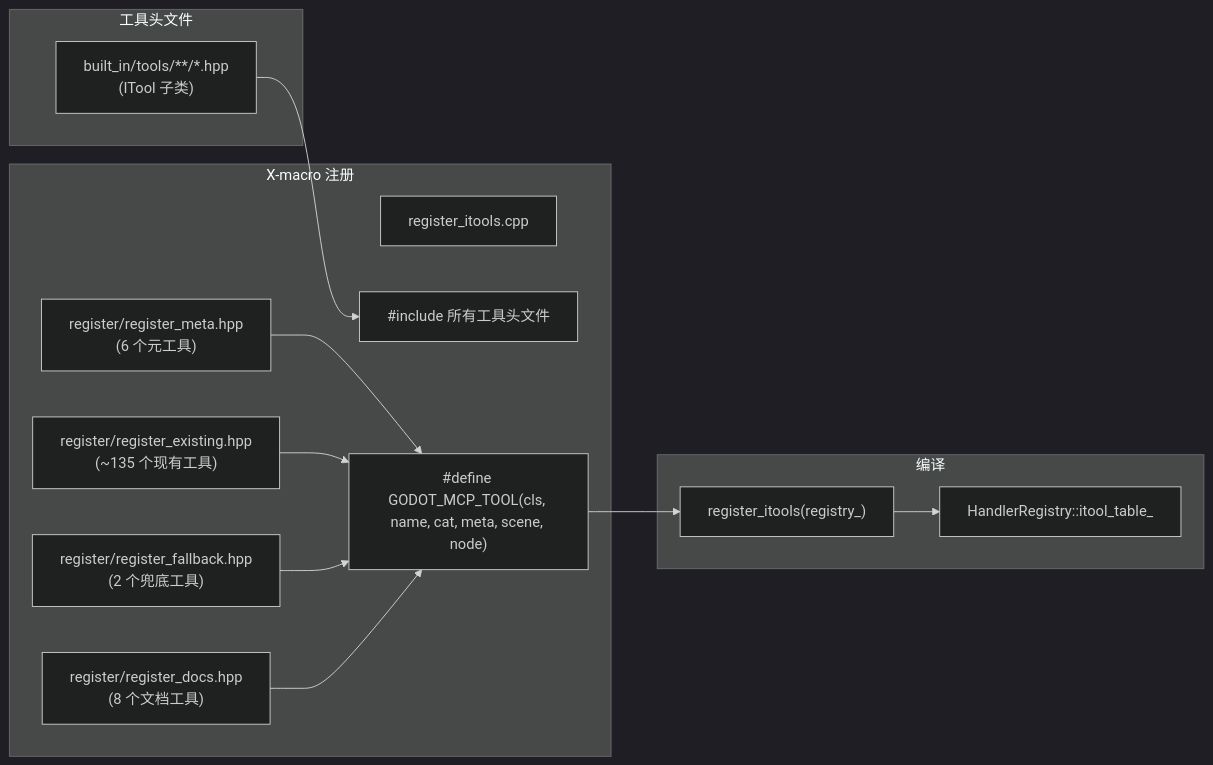
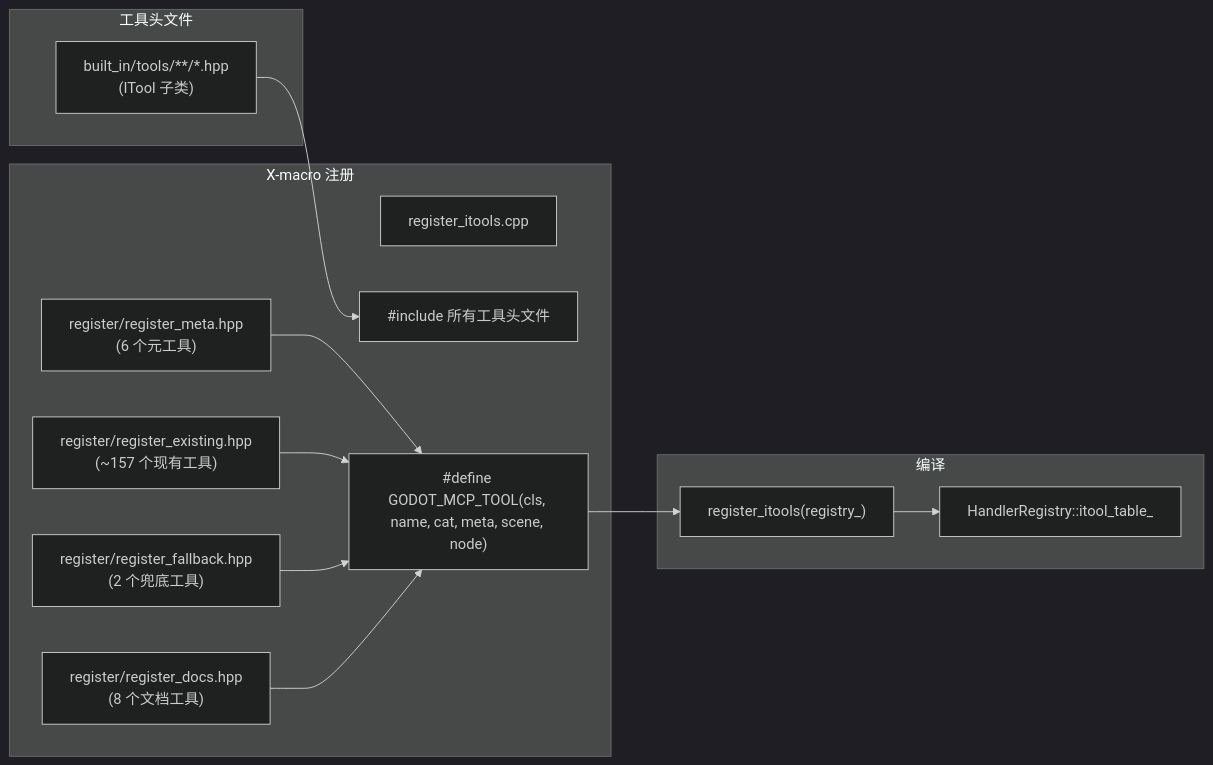
One commit to jesspig/GodotMCP-GDExtension changed the first of 2 diagrams in .repo_wiki/modules/x-macro-registration.md. Above: the diagram before and after it, drawn with Mermaid (dark theme). The commit also changed other lines of this file and 14 other files, not shown here.

````diff
--- a/.repo_wiki/modules/x-macro-registration.md
+++ b/.repo_wiki/modules/x-macro-registration.md
@@ -7,26 +7,26 @@
 ```mermaid
 flowchart LR
     subgraph Headers["工具头文件"]
         HPP["built_in/tools/**/*.hpp<br/>(ITool 子类)"]
     end
     subgraph XMacro["X-macro 注册"]
         REGCPP["register_itools.cpp"]
         INCLUDE["#include 所有工具头文件"]
         MACRO["#define GODOT_MCP_TOOL(cls, name, cat, meta, scene, node)"]
         REGMETA["register/register_meta.hpp<br/>(6 个元工具)"]
-        REGEXIST["register/register_existing.hpp<br/>(~135 个现有工具)"]
+        REGEXIST["register/register_existing.hpp<br/>(~157 个现有工具)"]
         REGFALL["register/register_fallback.hpp<br/>(2 个兜底工具)"]
         REGDOCS["register/register_docs.hpp<br/>(8 个文档工具)"]
     end
     subgraph Compile["编译"]
         CALL["register_itools(registry_)"]
         ITBL["HandlerRegistry::itool_table_"]
     end
     HPP --> INCLUDE
     REGMETA --> MACRO
     REGEXIST --> MACRO
     REGFALL --> MACRO
     REGDOCS --> MACRO
     MACRO --> CALL
     CALL --> ITBL
 ```
````
